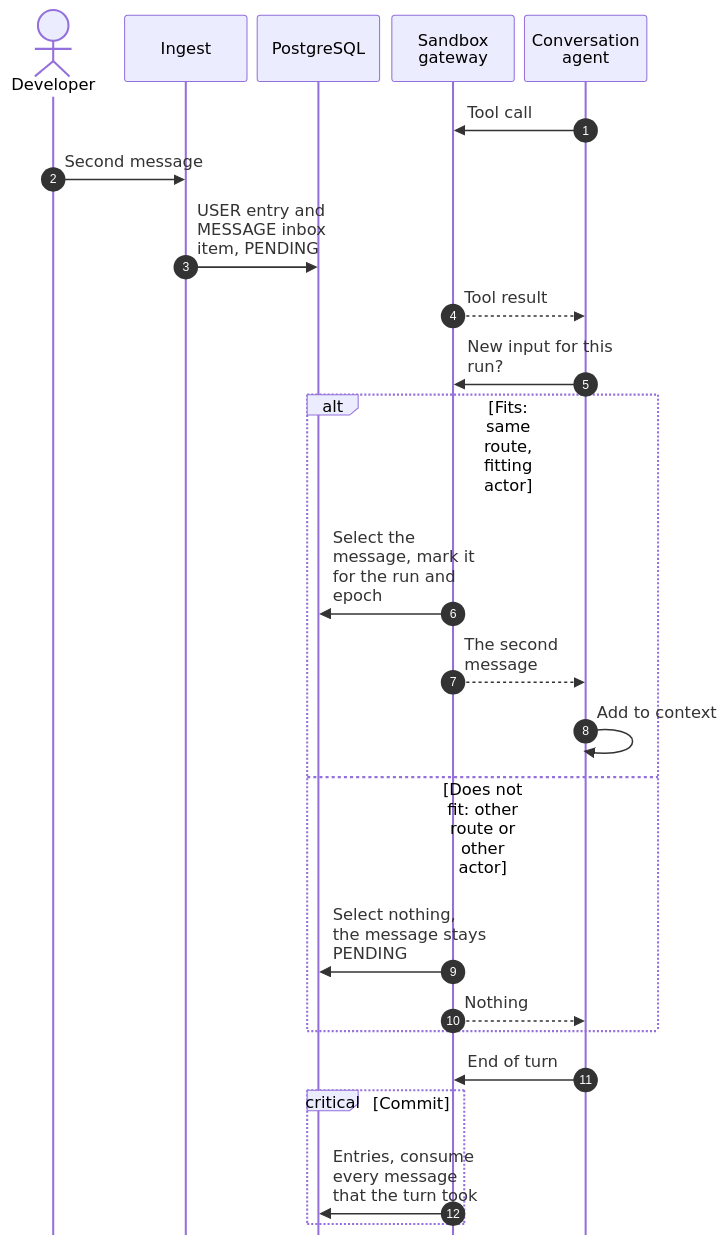
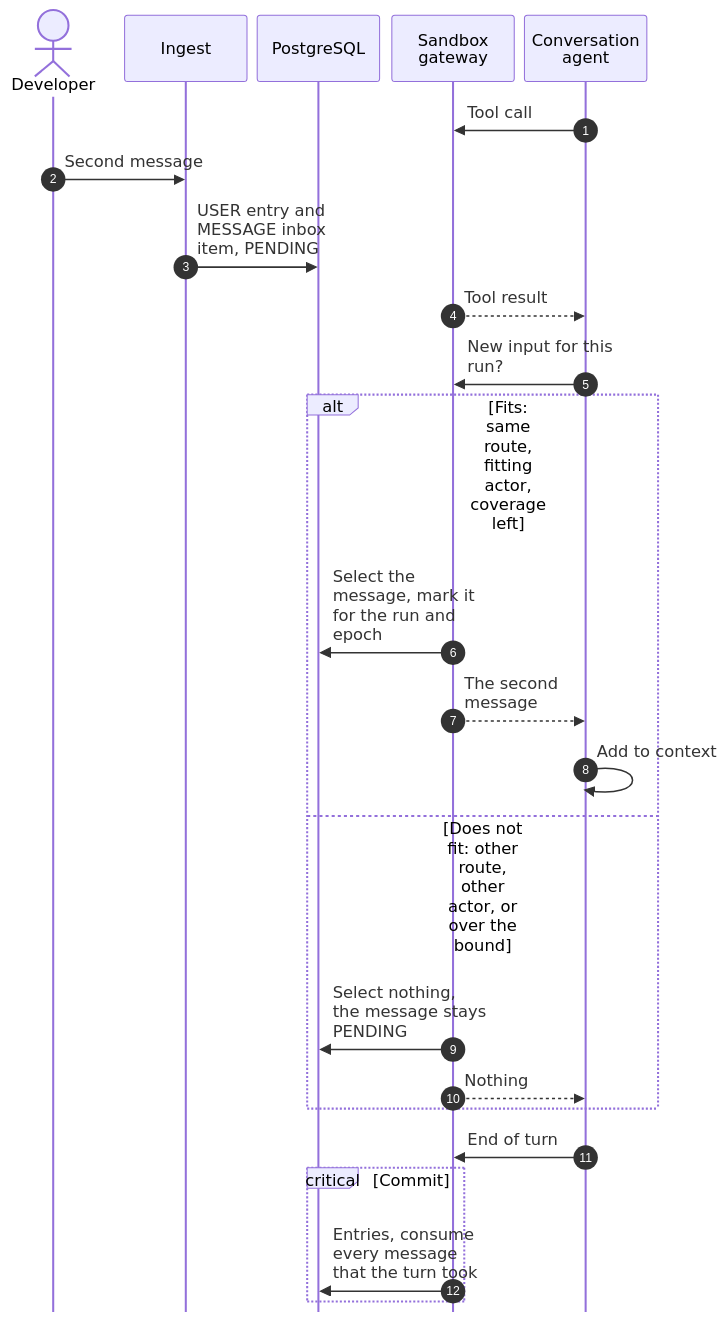
The ninth of 12 diagrams in docs/contributor/conversation-core.mdx (hephaestus-build/Hephaestus), drawn with Mermaid before and after one commit. The commit also changed other lines of this file and 1 other file, not shown here.

First line of the commit message:
docs: align the core page with the final owners of Slack, custody and decisions

````diff
--- a/docs/contributor/conversation-core.mdx
+++ b/docs/contributor/conversation-core.mdx
@@ -574,37 +603,37 @@
 ```mermaid
 ---
 config:
   sequence:
     actorMargin: 10
     width: 120
     wrap: true
     messageAlign: left
     mirrorActors: false
 ---
 sequenceDiagram
     accTitle: Steering at a tool-result boundary
-    accDescr: An interactive turn runs a tool. The developer sends a second message, which ingest stores as pending. After the tool result, the runner asks the gateway for new input. A message with the turn's route and a fitting actor is marked for this run and epoch and enters the turn. A message for another route or from another actor stays pending and starts its own turn. The commit consumes every message that the turn took.
+    accDescr: An interactive turn runs a tool. The developer sends a second message, which ingest stores as pending. After the tool result, the runner asks the gateway for new input. A message with the turn's route, a fitting actor and, on a Slack route, coverage left under the bound is marked for this run and epoch and enters the turn. Any other message stays pending and starts its own turn. The commit consumes every message that the turn took.
     autonumber
     actor D as Developer
     participant I as Ingest
     participant DB as PostgreSQL
     participant G as Sandbox gateway
     participant M as Conversation agent
     M->>G: Tool call
     D->>I: Second message
     I->>DB: USER entry and MESSAGE inbox item, PENDING
     G-->>M: Tool result
     M->>G: New input for this run?
-    alt Fits: same route, fitting actor
+    alt Fits: same route, fitting actor, coverage left
         G->>DB: Select the message, mark it for the run and epoch
         G-->>M: The second message
         M->>M: Add to context
-    else Does not fit: other route or other actor
+    else Does not fit: other route, other actor, or over the bound
         G->>DB: Select nothing, the message stays PENDING
         G-->>M: Nothing
     end
     M->>G: End of turn
     critical Commit
         G->>DB: Entries, consume every message that the turn took
     end
 ```
````
